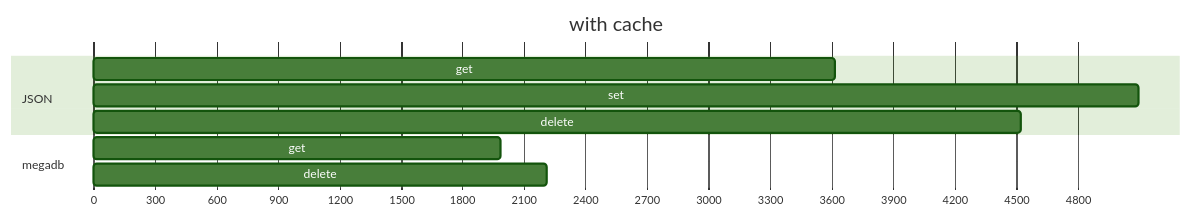
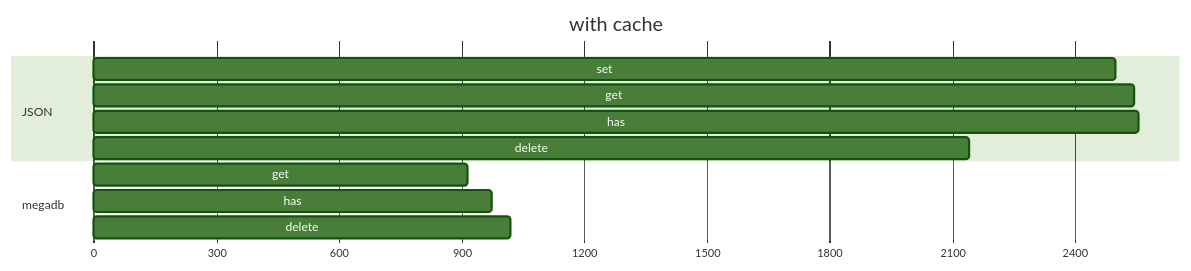
Before and after one commit to Fabricio-191/docs: the third of 4 diagrams in src/simplest.db/Benchmarks.md, drawn with Mermaid (forest theme). The commit also changed other lines of this file and 2 other files, not shown here.

````diff
--- a/src/simplest.db/Benchmarks.md
+++ b/src/simplest.db/Benchmarks.md
@@ -49,15 +51,17 @@
 ```mermaid
 gantt
 	title with cache
-    dateFormat x
+    dateFormat X
     axisFormat %s
 
     section JSON
-    get    :0, 3618s
-    set    :0, 5097s
-    delete :0, 4522s
+    set    :0, 2498s
+    get    :0, 2544s
+    has    :0, 2555s
+    delete :0, 2142s
 
     section megadb
-    get    :0, 1985s
-    delete :0, 2210s
+    get    :0, 914s
+    has    :0, 974s
+    delete :0, 1019s
 ```
````
